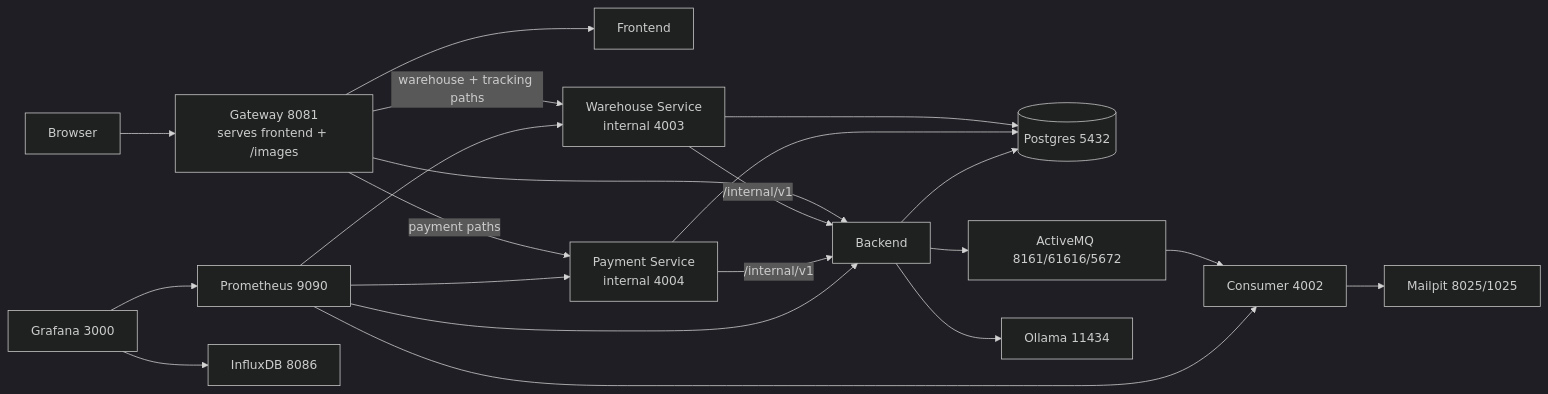
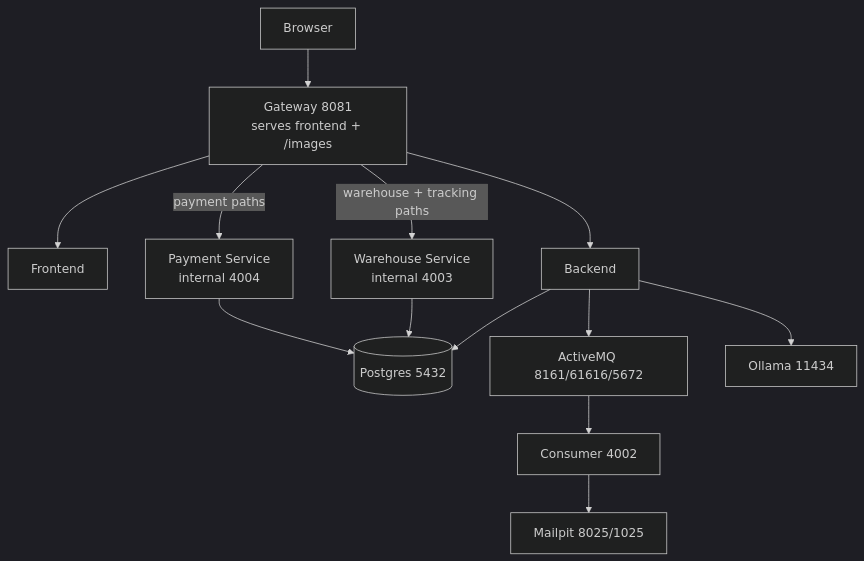
One commit to slawekradzyminski/awesome-localstack changed the second of 5 diagrams in docs/PROFILE_URLS.md. Above: the diagram before and after it, drawn with Mermaid (dark theme). The commit also changed other lines of this file and 19 other files, not shown here.

First line of the commit message:
Review every wiki diagram by eye and redraw the unclear ones

````diff
--- a/docs/PROFILE_URLS.md
+++ b/docs/PROFILE_URLS.md
@@ -58,23 +62,13 @@
 ```mermaid
-flowchart LR
+flowchart TB
     U[Browser] --> G[Gateway 8081<br/>serves frontend + /images]
     G --> F[Frontend]
     G --> B[Backend]
     G -->|warehouse + tracking paths| W[Warehouse Service<br/>internal 4003]
     G -->|payment paths| PS[Payment Service<br/>internal 4004]
-    W -->|/internal/v1| B
-    PS -->|/internal/v1| B
+    B --> DB[(Postgres 5432)]
     W --> DB
     PS --> DB
-    B --> DB[(Postgres 5432)]
-    B --> MQ[ActiveMQ 8161/61616/5672]
-    MQ --> C[Consumer 4002]
-    C --> M[Mailpit 8025/1025]
+    B --> MQ[ActiveMQ 8161/61616/5672] --> C[Consumer 4002] --> M[Mailpit 8025/1025]
     B --> O[Ollama 11434]
-    P[Prometheus 9090] --> B
-    P --> C
-    P --> W
-    P --> PS
-    GR[Grafana 3000] --> P
-    GR --> I[InfluxDB 8086]
 ```
````
